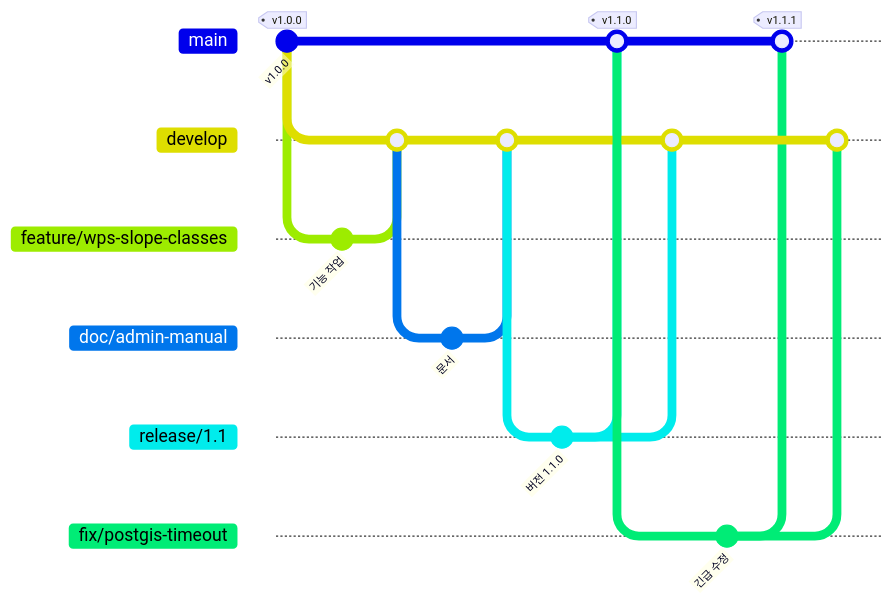
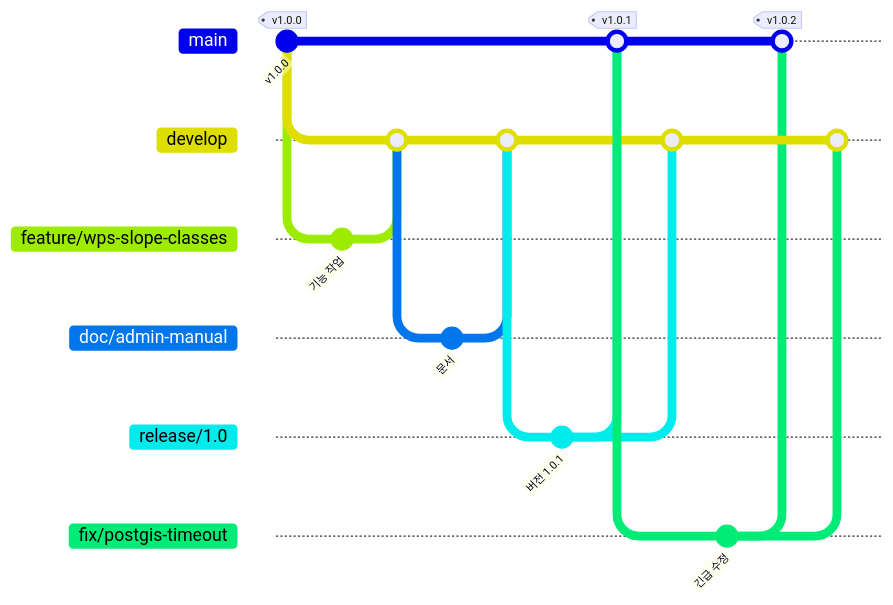
Before and after one commit to aliasgis/project_neunggureongi: the diagram in docs/branch-strategy.md, drawn with Mermaid. The commit also changed other lines of this file, not shown here.

````diff
--- a/docs/branch-strategy.md
+++ b/docs/branch-strategy.md
@@ -62,27 +62,27 @@
 ```mermaid
 gitGraph
   commit id: "v1.0.0" tag: "v1.0.0"
   branch develop
   checkout develop
   branch feature/wps-slope-classes
   commit id: "기능 작업"
   checkout develop
   merge feature/wps-slope-classes
   branch doc/admin-manual
   commit id: "문서"
   checkout develop
   merge doc/admin-manual
-  branch release/1.1
-  commit id: "버전 1.1.0"
+  branch release/1.0
+  commit id: "버전 1.0.1"
   checkout main
-  merge release/1.1 tag: "v1.1.0"
+  merge release/1.0 tag: "v1.0.1"
   checkout develop
-  merge release/1.1
+  merge release/1.0
   checkout main
   branch fix/postgis-timeout
   commit id: "긴급 수정"
   checkout main
-  merge fix/postgis-timeout tag: "v1.1.1"
+  merge fix/postgis-timeout tag: "v1.0.2"
   checkout develop
   merge fix/postgis-timeout
 ```
````
